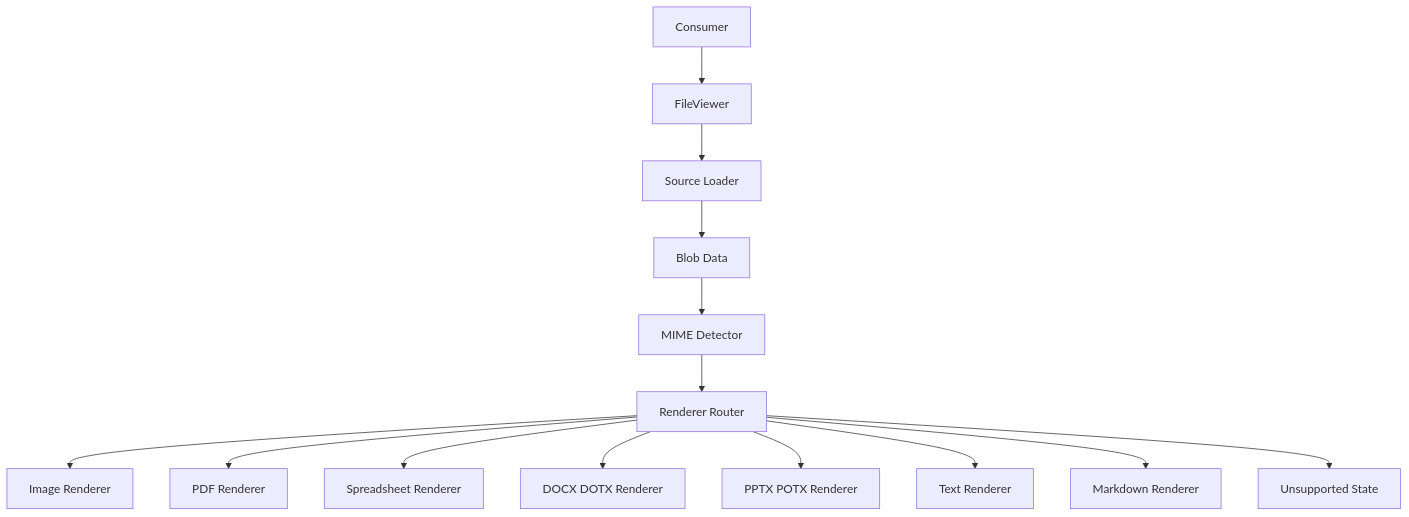
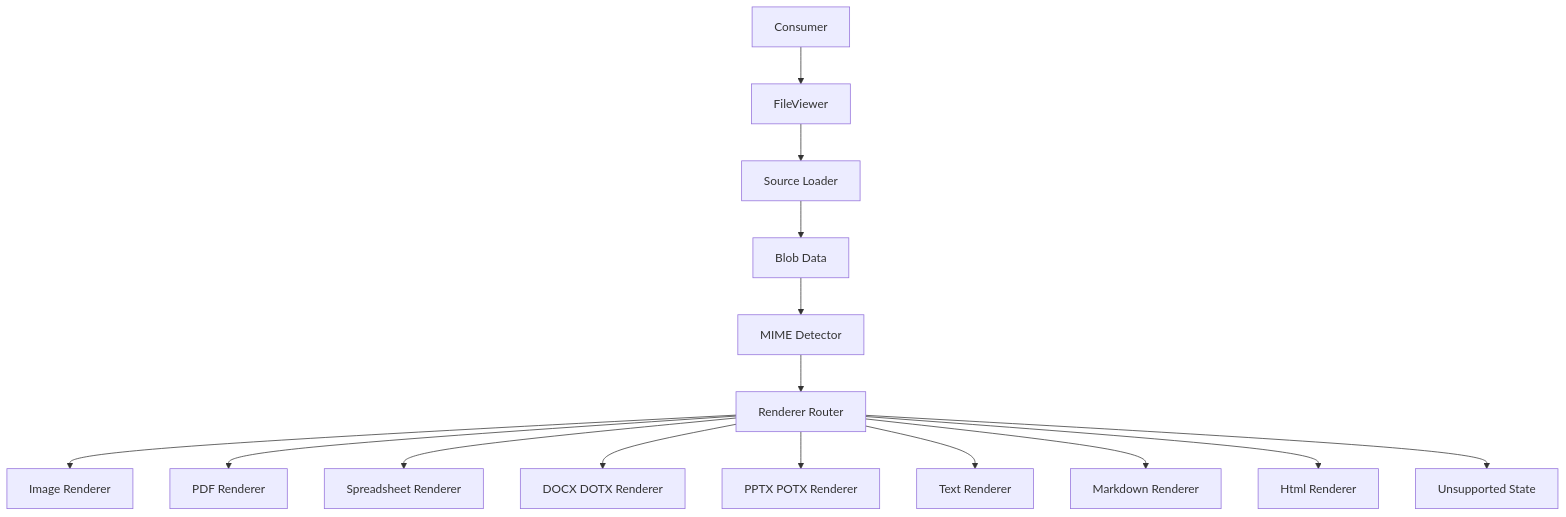
One commit to mithya-team/file-viewer changed the first of 2 diagrams in docs/architecture.md. Above: the diagram before and after it, drawn with Mermaid. The commit also changed other lines of this file and 25 other files, not shown here.

````diff
--- a/docs/architecture.md
+++ b/docs/architecture.md
@@ -59,16 +60,17 @@
 ```mermaid
 flowchart TD
   Consumer[Consumer] --> FileViewer[FileViewer]
   FileViewer --> SourceLoader[Source Loader]
   SourceLoader --> BlobData[Blob Data]
   BlobData --> MimeDetector[MIME Detector]
   MimeDetector --> Router[Renderer Router]
   Router --> ImageRenderer[Image Renderer]
   Router --> PdfRenderer[PDF Renderer]
   Router --> SpreadsheetRenderer[Spreadsheet Renderer]
   Router --> DocxRenderer[DOCX DOTX Renderer]
   Router --> PptxRenderer[PPTX POTX Renderer]
   Router --> TextRenderer[Text Renderer]
   Router --> MarkdownRenderer[Markdown Renderer]
+  Router --> HtmlRenderer[Html Renderer]
   Router --> UnsupportedState[Unsupported State]
 ```
````
